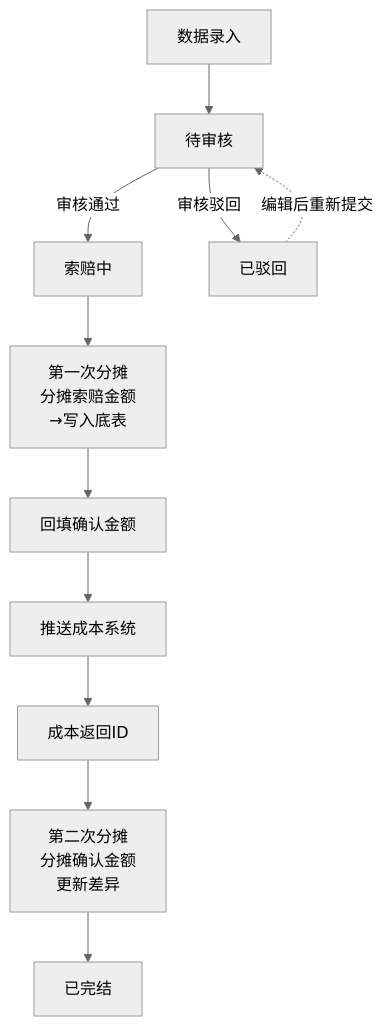
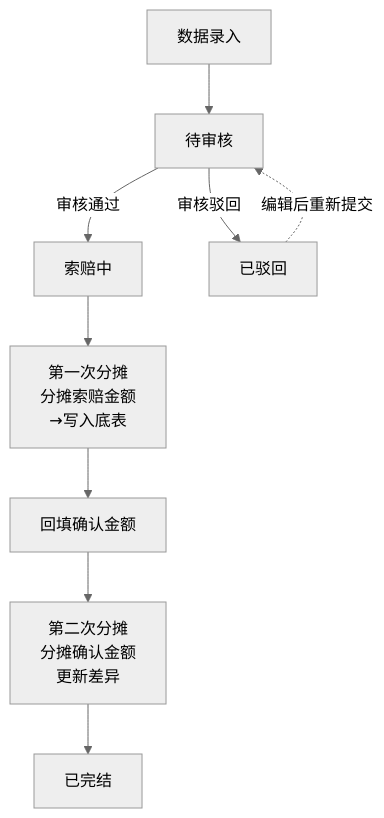
One commit to ljfjzgz/ljfjzgz.github.io changed the first of 3 diagrams in PRDdocs/00-业务概况/3.供应商索赔流程.md. Above: the diagram before and after it, drawn with Mermaid (neutral theme). The commit also changed other lines of this file and 8 other files, not shown here.

````diff
--- a/PRDdocs/00-业务概况/3.供应商索赔流程.md
+++ b/PRDdocs/00-业务概况/3.供应商索赔流程.md
@@ -30,13 +26,11 @@
 ```mermaid
 graph TD
     A[数据录入] --> B[待审核]
     B -->|审核通过| C[索赔中]
     B -->|审核驳回| D[已驳回]
     C --> E[第一次分摊<br/>分摊索赔金额<br/>→写入底表]
     E --> G[回填确认金额]
-    G --> H[推送成本系统]
-    H --> I[成本返回ID]
-    I --> K[第二次分摊<br/>分摊确认金额<br/>更新差异]
+    G --> K[第二次分摊<br/>分摊确认金额<br/>更新差异]
     K --> J[已完结]
     D -.->|编辑后重新提交| B
 ```
````
